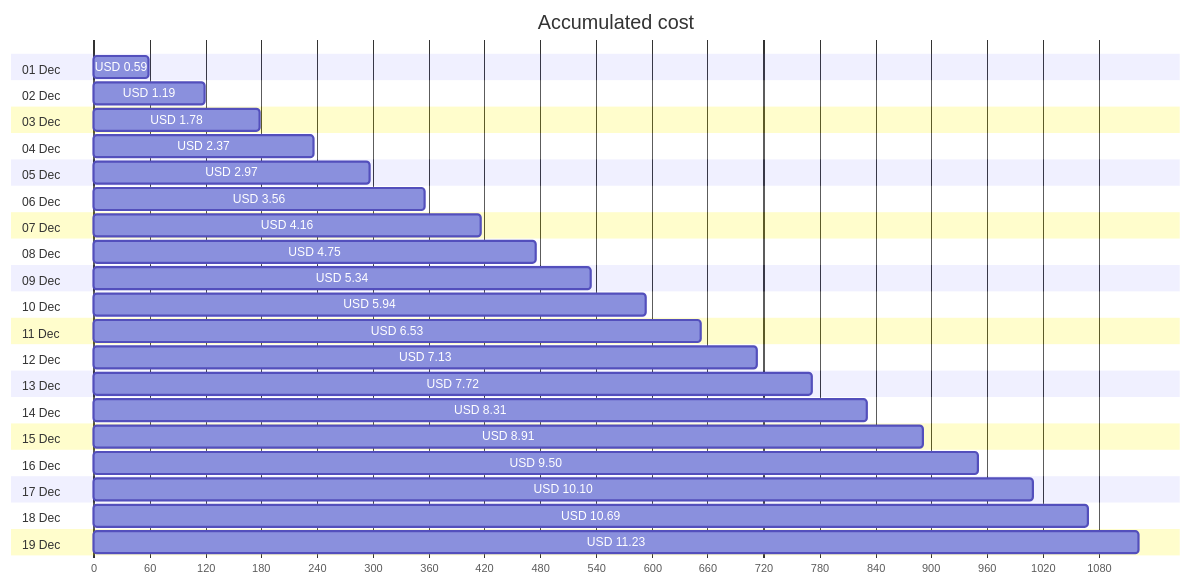
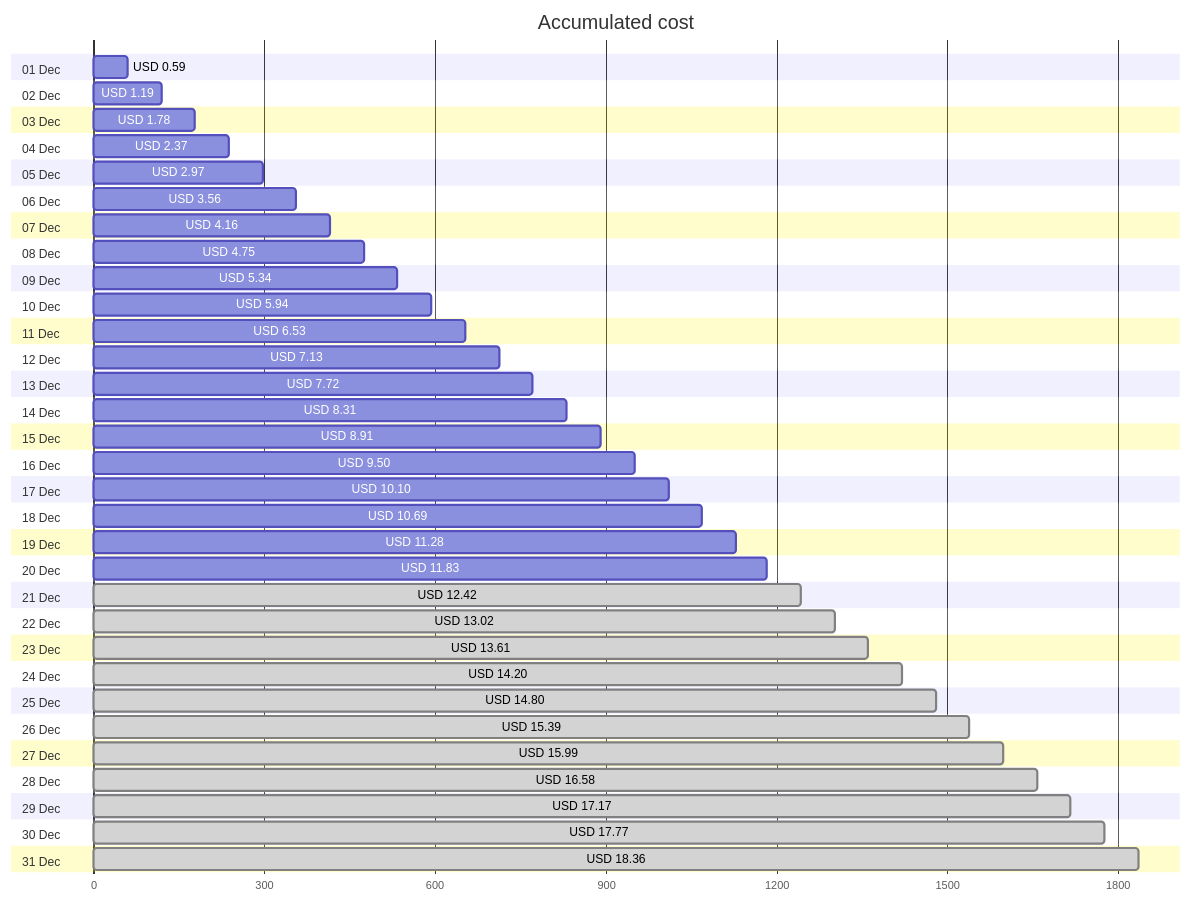
One commit to jpfulton/azure-personal-reports changed the first of 4 diagrams in cost-reports/personal-site/README.md. Above: the diagram before and after it, drawn with Mermaid. The commit also changed other lines of this file and 6 other files, not shown here.

````diff
--- a/cost-reports/personal-site/README.md
+++ b/cost-reports/personal-site/README.md
@@ -20,44 +20,68 @@
 ```mermaid
 gantt
    title Accumulated cost
    dateFormat  X
    axisFormat %s
    section 01 Dec
    USD 0.59 :0, 59
    section 02 Dec
    USD 1.19 :0, 119
    section 03 Dec
    USD 1.78 :0, 178
    section 04 Dec
    USD 2.37 :0, 237
    section 05 Dec
    USD 2.97 :0, 297
    section 06 Dec
    USD 3.56 :0, 356
    section 07 Dec
    USD 4.16 :0, 416
    section 08 Dec
    USD 4.75 :0, 475
    section 09 Dec
    USD 5.34 :0, 534
    section 10 Dec
    USD 5.94 :0, 594
    section 11 Dec
    USD 6.53 :0, 653
    section 12 Dec
    USD 7.13 :0, 713
    section 13 Dec
    USD 7.72 :0, 772
    section 14 Dec
    USD 8.31 :0, 831
    section 15 Dec
    USD 8.91 :0, 891
    section 16 Dec
    USD 9.50 :0, 950
    section 17 Dec
    USD 10.10 :0, 1010
    section 18 Dec
    USD 10.69 :0, 1069
    section 19 Dec
-   USD 11.23 :0, 1123
+   USD 11.28 :0, 1128
+   section 20 Dec
+   USD 11.83 :0, 1183
+   section 21 Dec
+   USD 12.42 : done, 0, 1242
+   section 22 Dec
+   USD 13.02 : done, 0, 1302
+   section 23 Dec
+   USD 13.61 : done, 0, 1361
+   section 24 Dec
+   USD 14.20 : done, 0, 1420
+   section 25 Dec
+   USD 14.80 : done, 0, 1480
+   section 26 Dec
+   USD 15.39 : done, 0, 1539
+   section 27 Dec
+   USD 15.99 : done, 0, 1599
+   section 28 Dec
+   USD 16.58 : done, 0, 1658
+   section 29 Dec
+   USD 17.17 : done, 0, 1717
+   section 30 Dec
+   USD 17.77 : done, 0, 1777
+   section 31 Dec
+   USD 18.36 : done, 0, 1836
 ```
````
